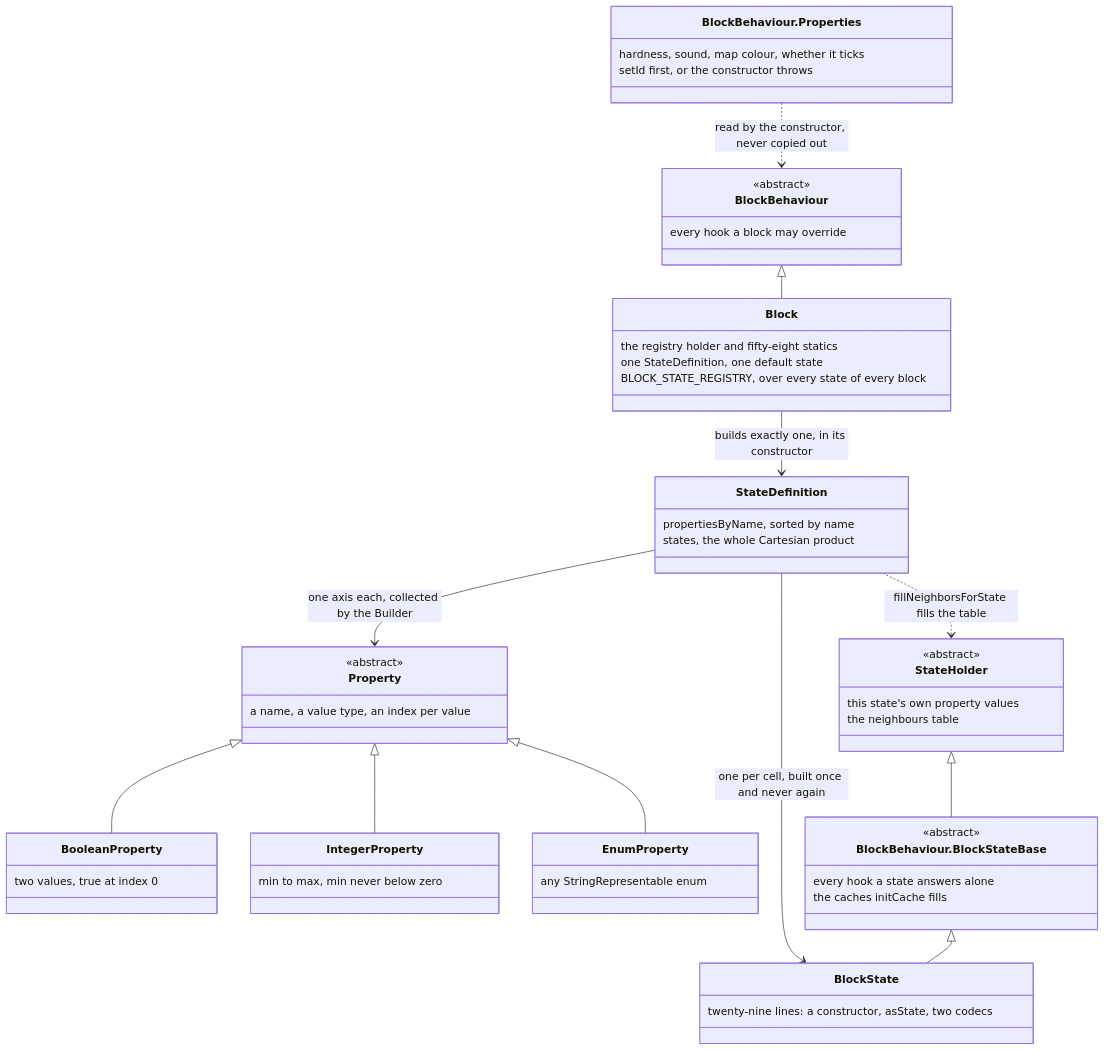
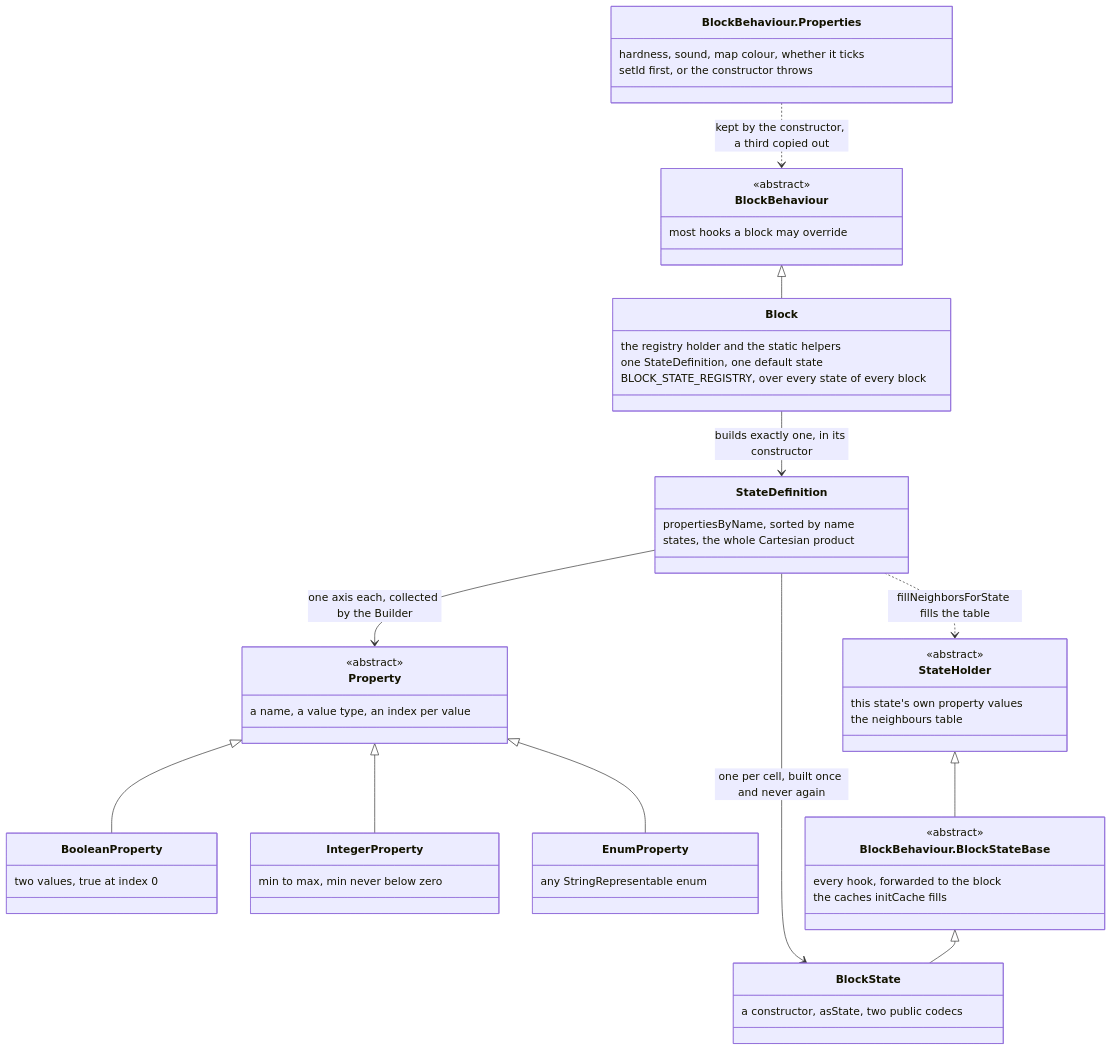
Before and after one commit to AlexanderjFraser/MinecraftDocs: the first of 3 diagrams in src/systems/blocks/blocks-and-states.md, drawn with Mermaid. The commit also changed other lines of this file and 21 other files, not shown here.

````diff
--- a/src/systems/blocks/blocks-and-states.md
+++ b/src/systems/blocks/blocks-and-states.md
@@ -43,57 +44,57 @@
 ```mermaid
 classDiagram
     class BlockBehaviour.Properties {
         hardness, sound, map colour, whether it ticks
         setId first, or the constructor throws
     }
     class BlockBehaviour {
         <<abstract>>
-        every hook a block may override
+        most hooks a block may override
     }
     class Block {
-        the registry holder and fifty-eight statics
+        the registry holder and the static helpers
         one StateDefinition, one default state
         BLOCK_STATE_REGISTRY, over every state of every block
     }
     class Property {
         <<abstract>>
         a name, a value type, an index per value
     }
     class BooleanProperty {
         two values, true at index 0
     }
     class IntegerProperty {
         min to max, min never below zero
     }
     class EnumProperty {
         any StringRepresentable enum
     }
     class StateDefinition {
         propertiesByName, sorted by name
         states, the whole Cartesian product
     }
     class StateHolder {
         <<abstract>>
         this state's own property values
         the neighbours table
     }
     class BlockBehaviour.BlockStateBase {
         <<abstract>>
-        every hook a state answers alone
+        every hook, forwarded to the block
         the caches initCache fills
     }
     class BlockState {
-        twenty-nine lines: a constructor, asState, two codecs
+        a constructor, asState, two public codecs
     }
-    BlockBehaviour.Properties ..> BlockBehaviour : read by the constructor, never copied out
+    BlockBehaviour.Properties ..> BlockBehaviour : kept by the constructor, a third copied out
     BlockBehaviour <|-- Block
     Property <|-- BooleanProperty
     Property <|-- IntegerProperty
     Property <|-- EnumProperty
     Block --> StateDefinition : builds exactly one, in its constructor
     StateDefinition --> Property : one axis each, collected by the Builder
     StateDefinition --> BlockState : one per cell, built once and never again
     StateHolder <|-- BlockBehaviour.BlockStateBase
     BlockBehaviour.BlockStateBase <|-- BlockState
     StateDefinition ..> StateHolder : fillNeighborsForState fills the table
 ```
````
